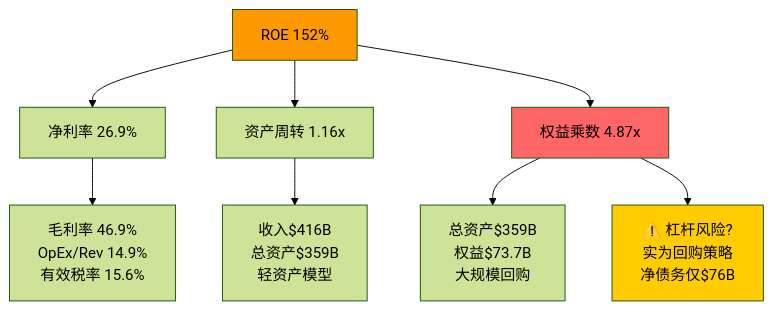
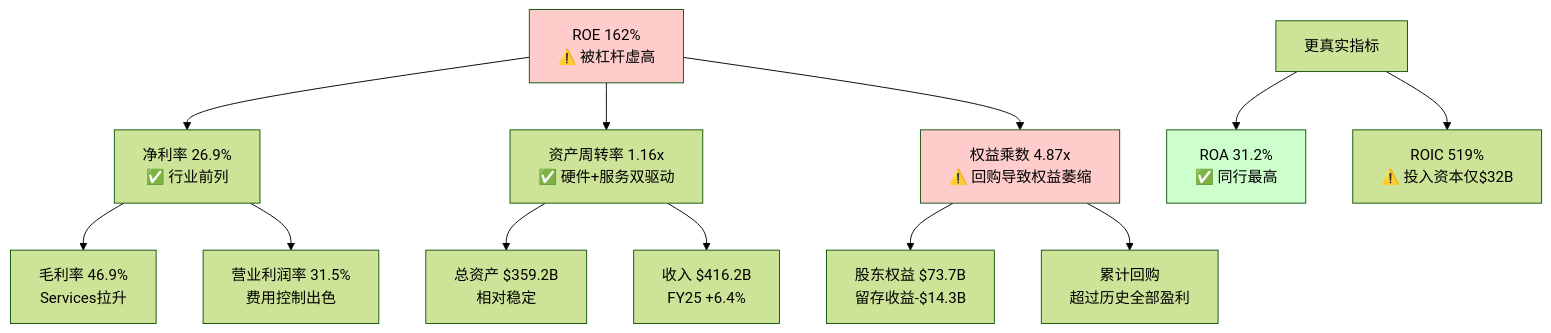
Before and after one commit to miltonnewyork25-afk/investment-master: the first of 6 diagrams in reports/AAPL/staging/AAPL_P1_AgentC.md, drawn with Mermaid (forest theme). The commit also changed other lines of this file and 2 other files, not shown here.

````diff
--- a/reports/AAPL/staging/AAPL_P1_AgentC.md
+++ b/reports/AAPL/staging/AAPL_P1_AgentC.md
@@ -25,14 +51,22 @@
 ```mermaid
 graph TD
-    A["ROE 152%"] --> B["净利率 26.9%"]
-    A --> C["资产周转 1.16x"]
-    A --> D["权益乘数 4.87x"]
-    B --> B1["毛利率 46.9%<br>OpEx/Rev 14.9%<br>有效税率 15.6%"]
-    C --> C1["收入$416B<br>总资产$359B<br>轻资产模型"]
-    D --> D1["总资产$359B<br>权益$73.7B<br>大规模回购"]
-    D --> D2["⚠️ 杠杆风险?<br>实为回购策略<br>净债务仅$76B"]
+    A["ROE 162%<br/>⚠️ 被杠杆虚高"] --> B["净利率 26.9%<br/>✅ 行业前列"]
+    A --> C["资产周转率 1.16x<br/>✅ 硬件+服务双驱动"]
+    A --> D["权益乘数 4.87x<br/>⚠️ 回购导致权益萎缩"]
 
-    style A fill:#ff9900
-    style D fill:#ff6666
-    style D2 fill:#ffcc00
+    B --> B1["毛利率 46.9%<br/>Services拉升"]
+    B --> B2["营业利润率 31.5%<br/>费用控制出色"]
+
+    C --> C1["总资产 $359.2B<br/>相对稳定"]
+    C --> C2["收入 $416.2B<br/>FY25 +6.4%"]
+
+    D --> D1["股东权益 $73.7B<br/>留存收益-$14.3B"]
+    D --> D2["累计回购<br/>超过历史全部盈利"]
+
+    E["更真实指标"] --> F["ROA 31.2%<br/>✅ 同行最高"]
+    E --> G["ROIC 519%<br/>⚠️ 投入资本仅$32B"]
+
+    style A fill:#ffcccc
+    style F fill:#ccffcc
+    style D fill:#ffcccc
 ```
````
